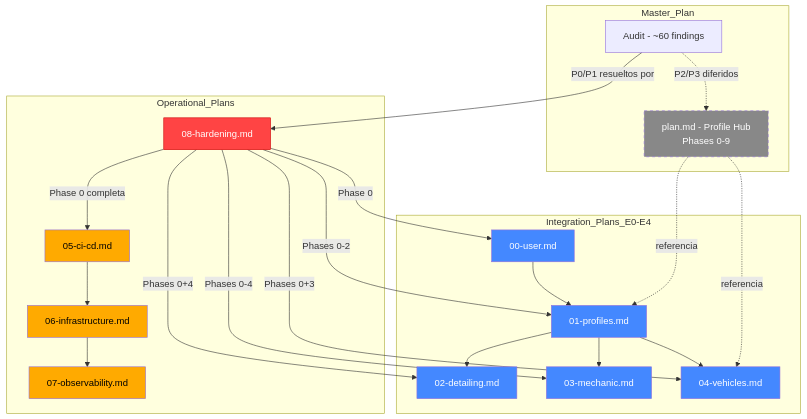
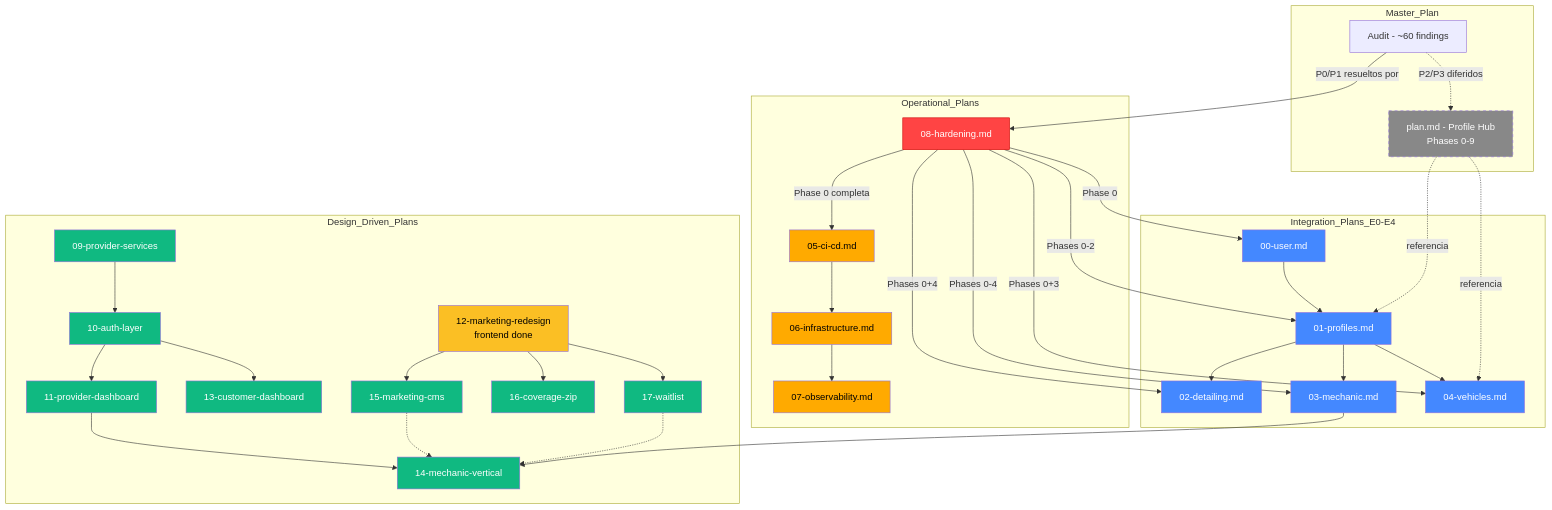
One commit to Yampierh/raycarwash-project changed the diagram in docs/INDEX.md. Above: the diagram before and after it, drawn with Mermaid. The commit also changed other lines of this file and 261 other files, not shown here.

````diff
--- a/docs/INDEX.md
+++ b/docs/INDEX.md
@@ -23,39 +23,61 @@
 ```mermaid
 graph TD
     A[Audit - ~60 findings] -->|P0/P1 resueltos por| H[08-hardening.md]
 
     subgraph Operational_Plans
         H -->|Phase 0 completa| C[05-ci-cd.md]
         C --> D[06-infrastructure.md]
         D --> O[07-observability.md]
     end
 
     subgraph Integration_Plans_E0-E4
         H -->|Phase 0| I1[00-user.md]
         I1 --> I2[01-profiles.md]
         H -->|Phases 0-2| I2
         I2 --> I3[02-detailing.md]
         H -->|Phases 0+4| I3
         I2 --> I4[03-mechanic.md]
         H -->|Phases 0-4| I4
         I2 --> I5[04-vehicles.md]
         H -->|Phases 0+3| I5
     end
 
     subgraph Master_Plan
         M[plan.md - Profile Hub<br/>Phases 0-9] -.->|referencia| I2
         M -.->|referencia| I5
         A -.->|P2/P3 diferidos| M
     end
 
+    subgraph Design_Driven_Plans
+        P09[09-provider-services] --> P10[10-auth-layer]
+        P10 --> P11[11-provider-dashboard]
+        P10 --> P13[13-customer-dashboard]
+        P12[12-marketing-redesign<br/>frontend done] --> P15[15-marketing-cms]
+        P12 --> P16[16-coverage-zip]
+        P12 --> P17[17-waitlist]
+        P11 --> P14[14-mechanic-vertical]
+        P15 -.-> P14
+        P17 -.-> P14
+        I4 --> P14
+    end
+
     style H fill:#ff4444,color:#fff,stroke:#cc0000
     style C fill:#ffaa00,color:#000
     style D fill:#ffaa00,color:#000
     style O fill:#ffaa00,color:#000
     style I1 fill:#4488ff,color:#fff
     style I2 fill:#4488ff,color:#fff
     style I3 fill:#4488ff,color:#fff
     style I4 fill:#4488ff,color:#fff
     style I5 fill:#4488ff,color:#fff
     style M fill:#888888,color:#fff,stroke-dasharray: 5 5
+    style P09 fill:#10b981,color:#fff
+    style P10 fill:#10b981,color:#fff
+    style P11 fill:#10b981,color:#fff
+    style P12 fill:#fbbf24,color:#000
+    style P13 fill:#10b981,color:#fff
+    style P14 fill:#10b981,color:#fff
+    style P15 fill:#10b981,color:#fff
+    style P16 fill:#10b981,color:#fff
+    style P17 fill:#10b981,color:#fff
 ```
````
